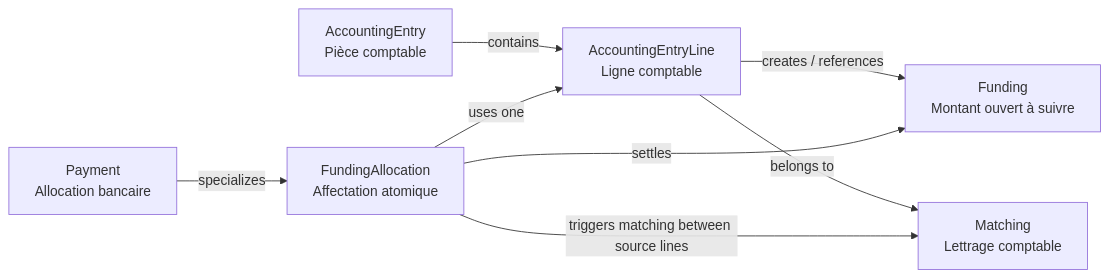
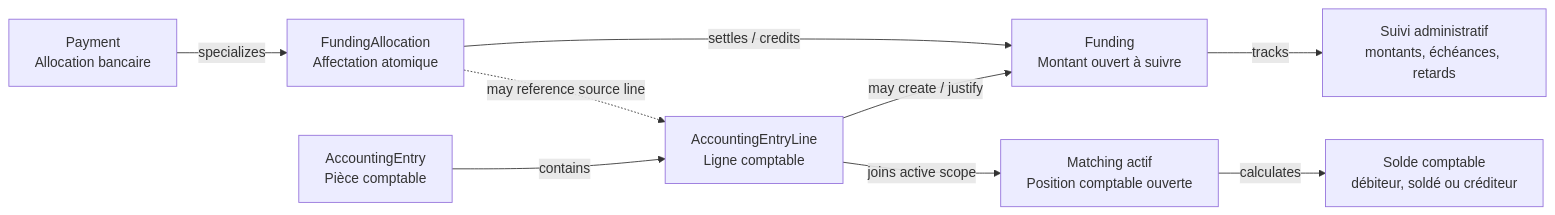
The second of 4 diagrams in DOC/budget/logique-de-reconciliation-et-lettrage.md (fmt-saas/fmt), drawn with Mermaid before and after one commit. The commit also changed other lines of this file and 8 other files, not shown here.

````diff
--- a/DOC/budget/logique-de-reconciliation-et-lettrage.md
+++ b/DOC/budget/logique-de-reconciliation-et-lettrage.md
@@ -1012,17 +1156,20 @@
 ```mermaid
 flowchart LR
     AE["AccountingEntry<br/>Pièce comptable"]
     AEL["AccountingEntryLine<br/>Ligne comptable"]
     F["Funding<br/>Montant ouvert à suivre"]
+    FS["Suivi administratif<br/>montants, échéances, retards"]
     FA["FundingAllocation<br/>Affectation atomique"]
     P["Payment<br/>Allocation bancaire"]
-    M["Matching<br/>Lettrage comptable"]
+    M["Matching actif<br/>Position comptable ouverte"]
+    BAL["Solde comptable<br/>débiteur, soldé ou créditeur"]
 
     AE -->|"contains"| AEL
-    AEL -->|"creates / references"| F
-    FA -->|"settles"| F
+    AEL -->|"may create / justify"| F
+    AEL -->|"joins active scope"| M
+    F -->|"tracks"| FS
     P -->|"specializes"| FA
-    FA -->|"uses one"| AEL
-    AEL -->|"belongs to"| M
-    FA -->|"triggers matching between source lines"| M
+    FA -->|"settles / credits"| F
+    FA -.->|"may reference source line"| AEL
+    M -->|"calculates"| BAL
 ```
````
